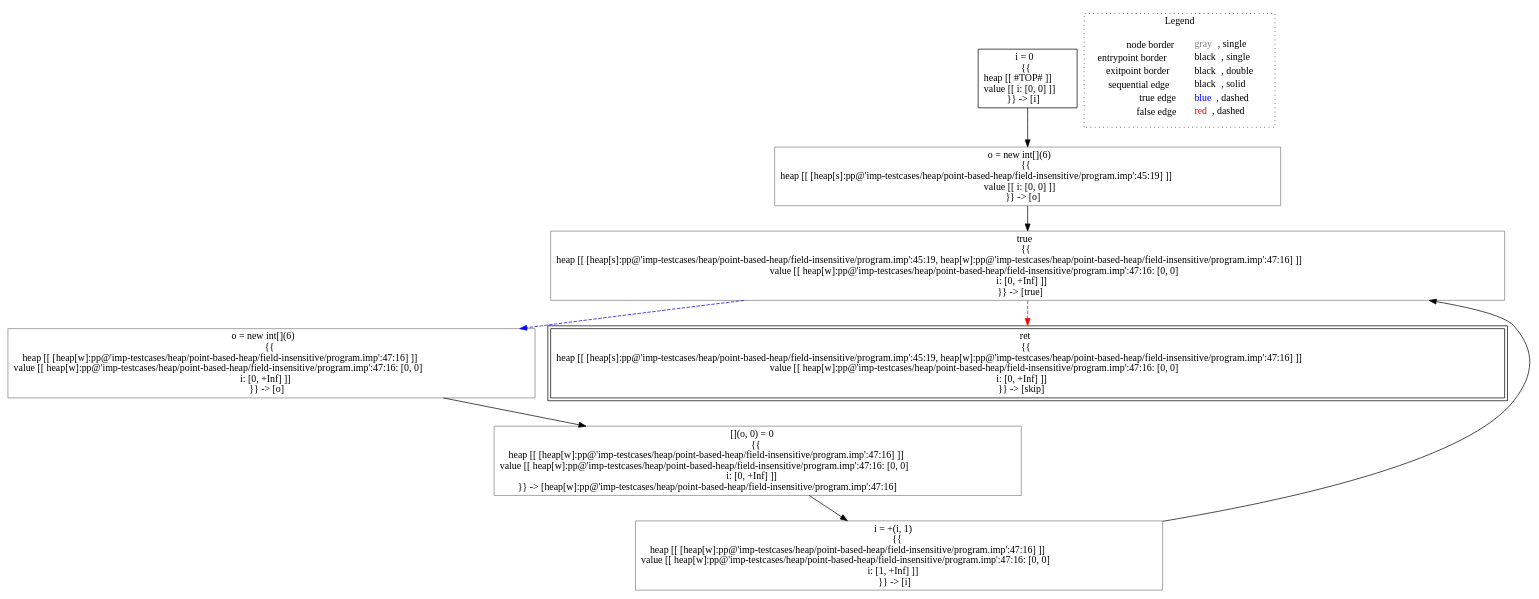
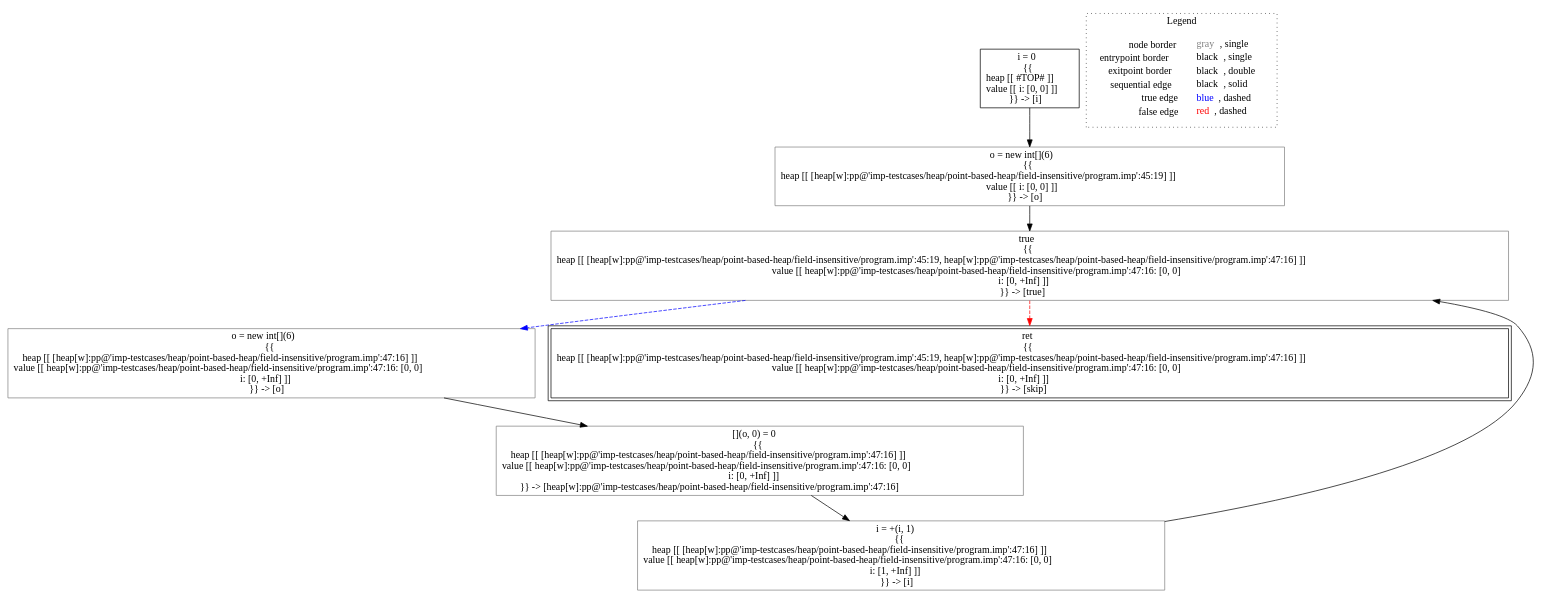
The diagram in lisa/imp-testcases/heap/point-based-heap/field-insensitive/analysis___untyped_A.f5(A_this).dot (lisa-analyzer/lisa), drawn with Graphviz before and after one commit. The commit also changed 8 other files, not shown here.

Commit message:
#95 completely removed substitutions from point based heap analyses

```diff
--- a/lisa/imp-testcases/heap/point-based-heap/field-insensitive/analysis___untyped_A.f5(A_this).dot
+++ b/lisa/imp-testcases/heap/point-based-heap/field-insensitive/analysis___untyped_A.f5(A_this).dot
@@ -1,23 +1,23 @@
 digraph {
 	"node0" [shape="rect",color="black",label=<i = 0<BR/>{{<BR/>heap [[ #TOP# ]]<BR/>value [[ i: [0, 0] ]]<BR/>}} -&gt; [i]>];
-	"node1" [shape="rect",color="gray",label=<true<BR/>{{<BR/>heap [[ [heap[s]:pp@'imp-testcases/heap/point-based-heap/field-insensitive/program.imp':45:19, heap[w]:pp@'imp-testcases/heap/point-based-heap/field-insensitive/program.imp':47:16] ]]<BR/>value [[ heap[w]:pp@'imp-testcases/heap/point-based-heap/field-insensitive/program.imp':47:16: [0, 0]<BR/>i: [0, +Inf] ]]<BR/>}} -&gt; [true]>];
+	"node1" [shape="rect",color="gray",label=<true<BR/>{{<BR/>heap [[ [heap[w]:pp@'imp-testcases/heap/point-based-heap/field-insensitive/program.imp':45:19, heap[w]:pp@'imp-testcases/heap/point-based-heap/field-insensitive/program.imp':47:16] ]]<BR/>value [[ heap[w]:pp@'imp-testcases/heap/point-based-heap/field-insensitive/program.imp':47:16: [0, 0]<BR/>i: [0, +Inf] ]]<BR/>}} -&gt; [true]>];
 	"node2" [shape="rect",color="gray",label=<o = new int[](6)<BR/>{{<BR/>heap [[ [heap[w]:pp@'imp-testcases/heap/point-based-heap/field-insensitive/program.imp':47:16] ]]<BR/>value [[ heap[w]:pp@'imp-testcases/heap/point-based-heap/field-insensitive/program.imp':47:16: [0, 0]<BR/>i: [0, +Inf] ]]<BR/>}} -&gt; [o]>];
-	"node3" [shape="rect",color="black",peripheries="2",label=<ret<BR/>{{<BR/>heap [[ [heap[s]:pp@'imp-testcases/heap/point-based-heap/field-insensitive/program.imp':45:19, heap[w]:pp@'imp-testcases/heap/point-based-heap/field-insensitive/program.imp':47:16] ]]<BR/>value [[ heap[w]:pp@'imp-testcases/heap/point-based-heap/field-insensitive/program.imp':47:16: [0, 0]<BR/>i: [0, +Inf] ]]<BR/>}} -&gt; [skip]>];
+	"node3" [shape="rect",color="black",peripheries="2",label=<ret<BR/>{{<BR/>heap [[ [heap[w]:pp@'imp-testcases/heap/point-based-heap/field-insensitive/program.imp':45:19, heap[w]:pp@'imp-testcases/heap/point-based-heap/field-insensitive/program.imp':47:16] ]]<BR/>value [[ heap[w]:pp@'imp-testcases/heap/point-based-heap/field-insensitive/program.imp':47:16: [0, 0]<BR/>i: [0, +Inf] ]]<BR/>}} -&gt; [skip]>];
 	"node4" [shape="rect",color="gray",label=<i = +(i, 1)<BR/>{{<BR/>heap [[ [heap[w]:pp@'imp-testcases/heap/point-based-heap/field-insensitive/program.imp':47:16] ]]<BR/>value [[ heap[w]:pp@'imp-testcases/heap/point-based-heap/field-insensitive/program.imp':47:16: [0, 0]<BR/>i: [1, +Inf] ]]<BR/>}} -&gt; [i]>];
 	"node5" [shape="rect",color="gray",label=<[](o, 0) = 0<BR/>{{<BR/>heap [[ [heap[w]:pp@'imp-testcases/heap/point-based-heap/field-insensitive/program.imp':47:16] ]]<BR/>value [[ heap[w]:pp@'imp-testcases/heap/point-based-heap/field-insensitive/program.imp':47:16: [0, 0]<BR/>i: [0, +Inf] ]]<BR/>}} -&gt; [heap[w]:pp@'imp-testcases/heap/point-based-heap/field-insensitive/program.imp':47:16]>];
-	"node6" [shape="rect",color="gray",label=<o = new int[](6)<BR/>{{<BR/>heap [[ [heap[s]:pp@'imp-testcases/heap/point-based-heap/field-insensitive/program.imp':45:19] ]]<BR/>value [[ i: [0, 0] ]]<BR/>}} -&gt; [o]>];
+	"node6" [shape="rect",color="gray",label=<o = new int[](6)<BR/>{{<BR/>heap [[ [heap[w]:pp@'imp-testcases/heap/point-based-heap/field-insensitive/program.imp':45:19] ]]<BR/>value [[ i: [0, 0] ]]<BR/>}} -&gt; [o]>];
 	"node1" -> "node2" [color="blue",style="dashed"];
 	"node1" -> "node3" [color="red",style="dashed"];
 	"node2" -> "node5" [color="black"];
+	"node0" -> "node6" [color="black"];
 	"node4" -> "node1" [color="black"];
-	"node0" -> "node6" [color="black"];
 	"node5" -> "node4" [color="black"];
 	"node6" -> "node1" [color="black"];
 subgraph cluster_legend {
 	label="Legend";
 	style=dotted;
 	node [shape=plaintext];
 	"legend" [label=<<table border="0" cellpadding="2" cellspacing="0" cellborder="0"><tr><td align="right">node border&nbsp;</td><td align="left"><font color="gray">gray</font>, single</td></tr><tr><td align="right">entrypoint border&nbsp;</td><td align="left"><font color="black">black</font>, single</td></tr><tr><td align="right">exitpoint border&nbsp;</td><td align="left"><font color="black">black</font>, double</td></tr><tr><td align="right">sequential edge&nbsp;</td><td align="left"><font color="black">black</font>, solid</td></tr><tr><td align="right">true edge&nbsp;</td><td align="left"><font color="blue">blue</font>, dashed</td></tr><tr><td align="right">false edge&nbsp;</td><td align="left"><font color="red">red</font>, dashed</td></tr></table>>];
 }
 
 }
```
